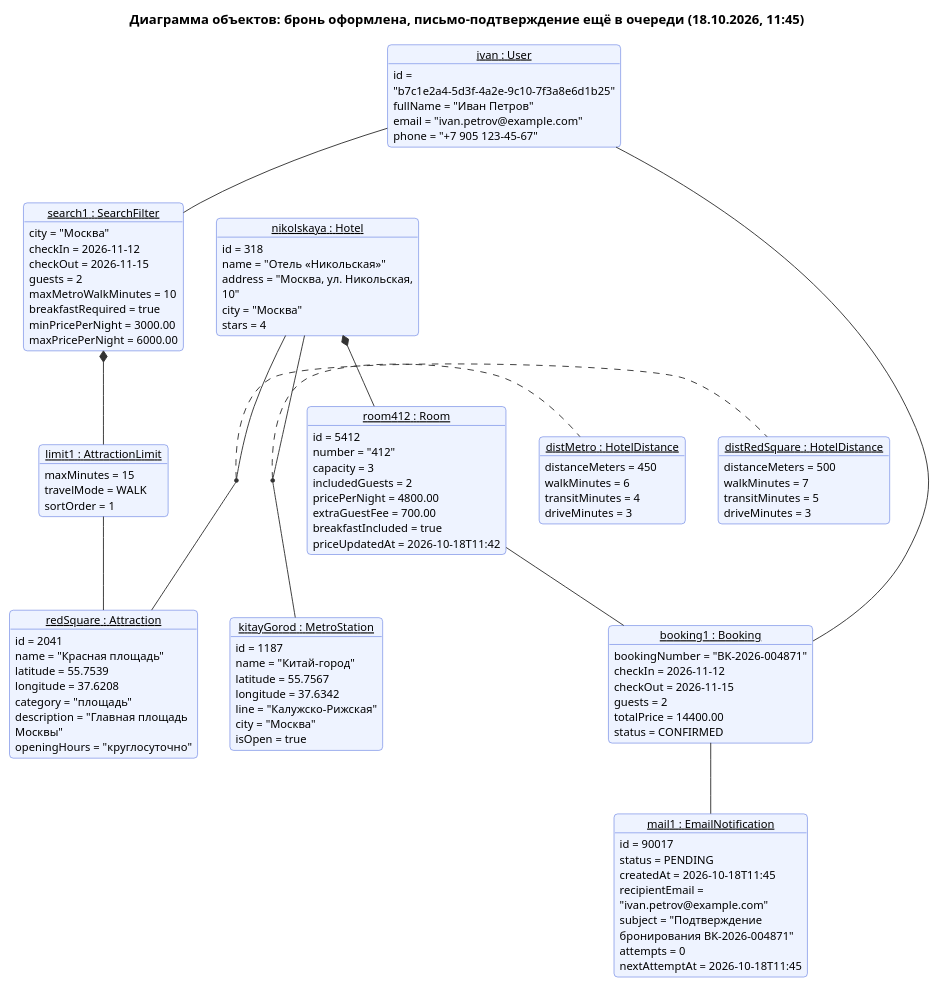
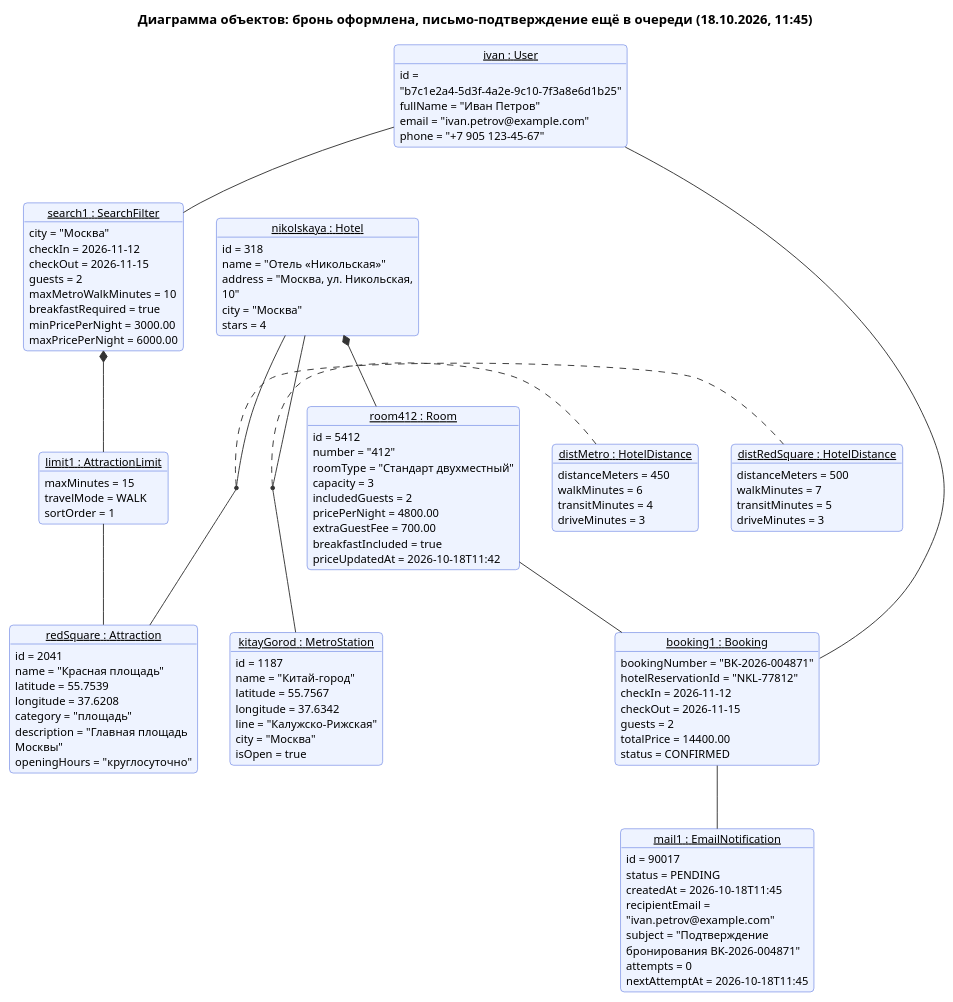
Before and after one commit to Remsely/cu-system-analysis: the diagram in hw2/2_2_object.puml, drawn with PlantUML. The commit also changed 1 other file, not shown here.

Commit message:
fix: align class and object diagrams with the booking flow
- Booking: hotelReservationId added; reprice() removed (a booking is
  created only after the price matched), confirm(hotelReservationId)
  and fail() match PENDING -> CONFIRMED | FAILED in the sequence.
- Room: roomType added (it goes into the confirmation email per hw1).
- User: no longer creates searches/bookings itself; methods are
  getContactEmail() and getBookings().
- Object diagram updated with roomType and hotelReservationId.

Claude-Session: https://claude.ai/code/session_01GqxdLWzwTh89iq96gpoYoC

```diff
--- a/hw2/2_2_object.puml
+++ b/hw2/2_2_object.puml
@@ -1,122 +1,124 @@
 @startuml
 skinparam shadowing false
 skinparam defaultFontSize 12
 skinparam backgroundColor white
 skinparam roundCorner 8
 skinparam ArrowColor #333333
 skinparam wrapWidth 220
 title Диаграмма объектов: бронь оформлена, письмо-подтверждение ещё в очереди (18.10.2026, 11:45)
 skinparam object {
   BackgroundColor #EEF3FF
   BorderColor #3B5BDB
 }
 hide empty members
 
 object "__ivan : User__" as ivan {
   id = "b7c1e2a4-5d3f-4a2e-9c10-7f3a8e6d1b25"
   fullName = "Иван Петров"
   email = "ivan.petrov@example.com"
   phone = "+7 905 123-45-67"
 }
 
 object "__search1 : SearchFilter__" as search1 {
   city = "Москва"
   checkIn = 2026-11-12
   checkOut = 2026-11-15
   guests = 2
   maxMetroWalkMinutes = 10
   breakfastRequired = true
   minPricePerNight = 3000.00
   maxPricePerNight = 6000.00
 }
 
 object "__limit1 : AttractionLimit__" as limit1 {
   maxMinutes = 15
   travelMode = WALK
   sortOrder = 1
 }
 
 object "__redSquare : Attraction__" as redSquare {
   id = 2041
   name = "Красная площадь"
   latitude = 55.7539
   longitude = 37.6208
   category = "площадь"
   description = "Главная площадь Москвы"
   openingHours = "круглосуточно"
 }
 
 object "__kitayGorod : MetroStation__" as kitayGorod {
   id = 1187
   name = "Китай-город"
   latitude = 55.7567
   longitude = 37.6342
   line = "Калужско-Рижская"
   city = "Москва"
   isOpen = true
 }
 
 object "__nikolskaya : Hotel__" as nikolskaya {
   id = 318
   name = "Отель «Никольская»"
   address = "Москва, ул. Никольская, 10"
   city = "Москва"
   stars = 4
 }
 
 object "__room412 : Room__" as room412 {
   id = 5412
   number = "412"
+  roomType = "Стандарт двухместный"
   capacity = 3
   includedGuests = 2
   pricePerNight = 4800.00
   extraGuestFee = 700.00
   breakfastIncluded = true
   priceUpdatedAt = 2026-10-18T11:42
 }
 
 object "__distMetro : HotelDistance__" as distMetro {
   distanceMeters = 450
   walkMinutes = 6
   transitMinutes = 4
   driveMinutes = 3
 }
 
 object "__distRedSquare : HotelDistance__" as distRed {
   distanceMeters = 500
   walkMinutes = 7
   transitMinutes = 5
   driveMinutes = 3
 }
 
 object "__booking1 : Booking__" as booking1 {
   bookingNumber = "BK-2026-004871"
+  hotelReservationId = "NKL-77812"
   checkIn = 2026-11-12
   checkOut = 2026-11-15
   guests = 2
   totalPrice = 14400.00
   status = CONFIRMED
 }
 
 object "__mail1 : EmailNotification__" as mail1 {
   id = 90017
   status = PENDING
   createdAt = 2026-10-18T11:45
   recipientEmail = "ivan.petrov@example.com"
   subject = "Подтверждение бронирования BK-2026-004871"
   attempts = 0
   nextAttemptAt = 2026-10-18T11:45
 }
 
 ivan -- search1
 ivan -- booking1
 search1 *-- limit1
 limit1 -- redSquare
 nikolskaya *-- room412
 room412 -- booking1
 booking1 -- mail1
 nikolskaya -- kitayGorod
 nikolskaya -- redSquare
 (nikolskaya, kitayGorod) .. distMetro
 (nikolskaya, redSquare) .. distRed
 @enduml
```
